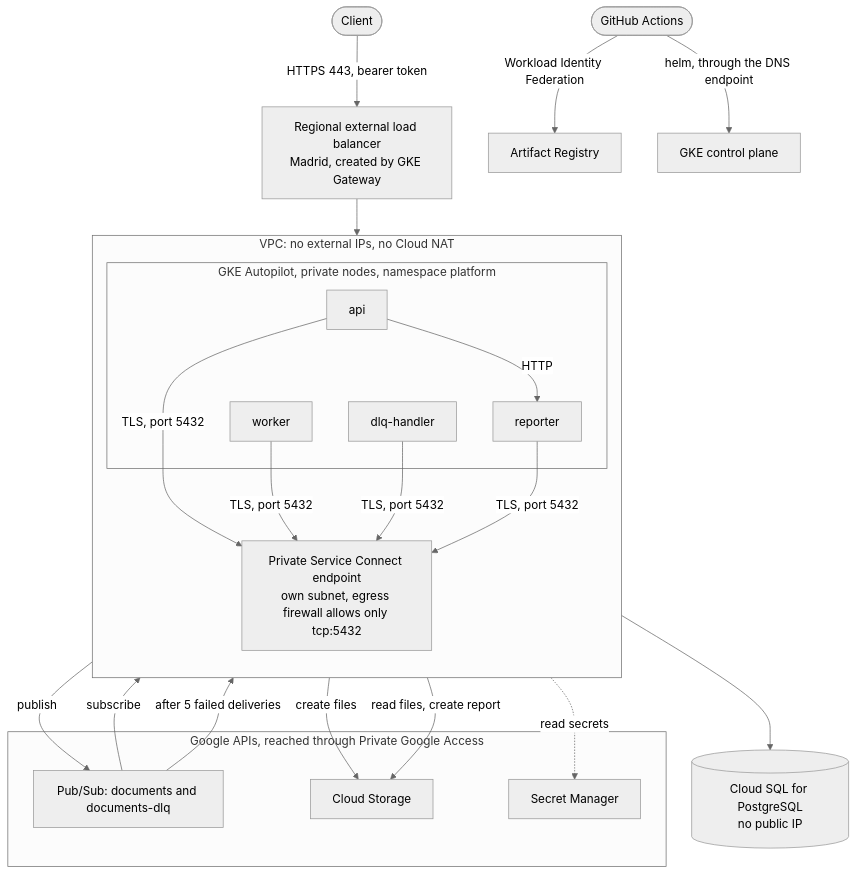
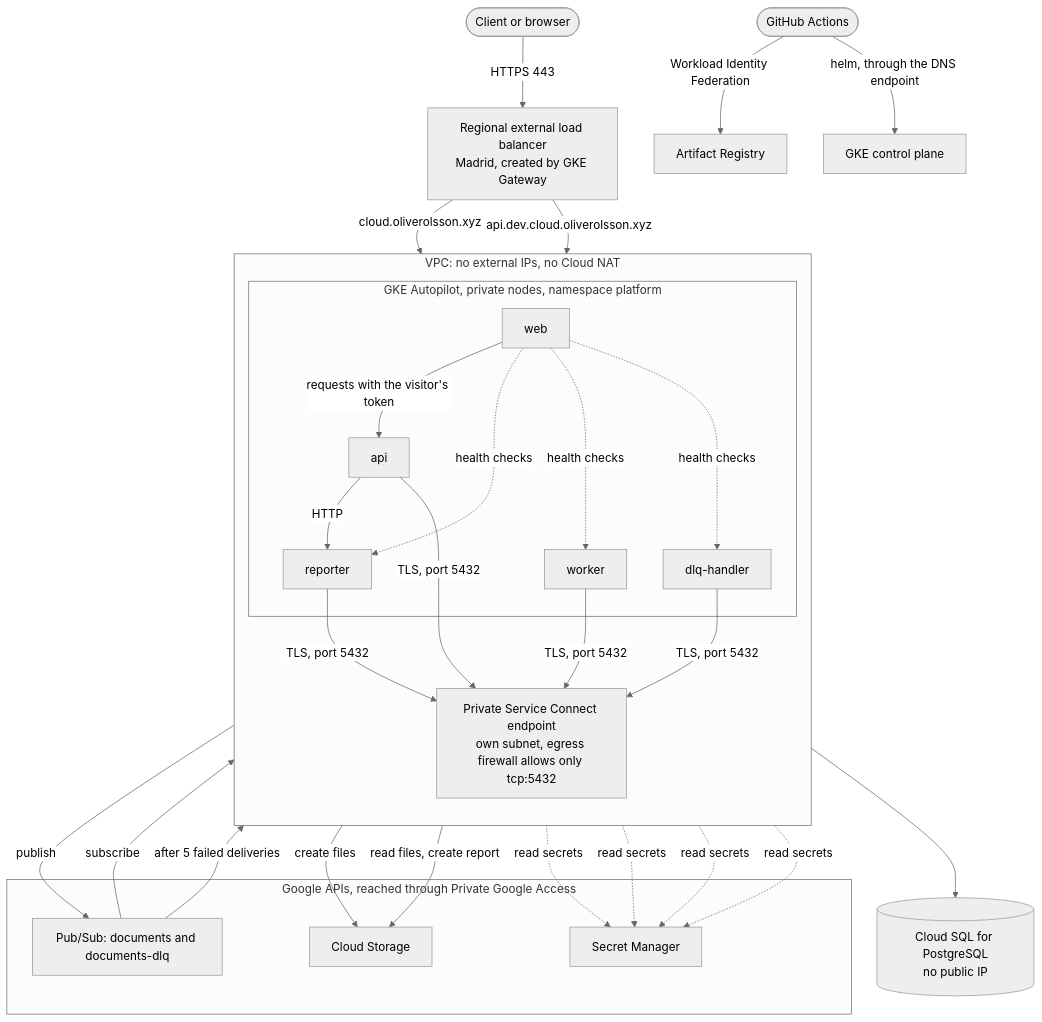
Before and after one commit to oliverxyz/google-cloud-terraform: the diagram in README.md, drawn with Mermaid (neutral theme). The commit also changed other lines of this file and 32 other files, not shown here.

````diff
--- a/README.md
+++ b/README.md
@@ -15,35 +15,39 @@
 ```mermaid
 flowchart TB
-    client([Client]) -- "HTTPS 443, bearer token" --> lb["Regional external load balancer<br/>Madrid, created by GKE Gateway"]
+    client([Client or browser]) -- "HTTPS 443" --> lb["Regional external load balancer<br/>Madrid, created by GKE Gateway"]
     gha([GitHub Actions]) -- "Workload Identity Federation" --> ar[Artifact Registry]
     gha -- "helm, through the DNS endpoint" --> cp[GKE control plane]
 
     subgraph vpc["VPC: no external IPs, no Cloud NAT"]
         direction TB
         subgraph gke["GKE Autopilot, private nodes, namespace platform"]
+            web[web]
             api[api]
             reporter[reporter]
             worker[worker]
             dlq[dlq-handler]
         end
         psc["Private Service Connect endpoint<br/>own subnet, egress firewall allows only tcp:5432"]
     end
 
-    lb --> api
+    lb -- "cloud.oliverolsson.xyz" --> web
+    lb -- "api.dev.cloud.oliverolsson.xyz" --> api
+    web -- "requests with the visitor's token" --> api
+    web -. "health checks" .-> reporter & worker & dlq
     api -- HTTP --> reporter
     api & worker & dlq & reporter -- "TLS, port 5432" --> psc
     psc --> sql[("Cloud SQL for PostgreSQL<br/>no public IP")]
 
     subgraph google["Google APIs, reached through Private Google Access"]
         pubsub[Pub/Sub: documents and documents-dlq]
         gcs[Cloud Storage]
         sm[Secret Manager]
     end
 
     api -- publish --> pubsub
     pubsub -- subscribe --> worker
     pubsub -- "after 5 failed deliveries" --> dlq
     worker -- create files --> gcs
     reporter -- "read files, create report" --> gcs
-    gke -. read secrets .-> sm
+    api & worker & dlq & reporter -. read secrets .-> sm
 ```
````
